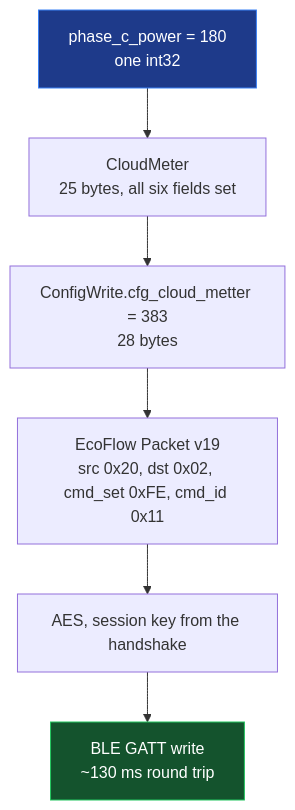
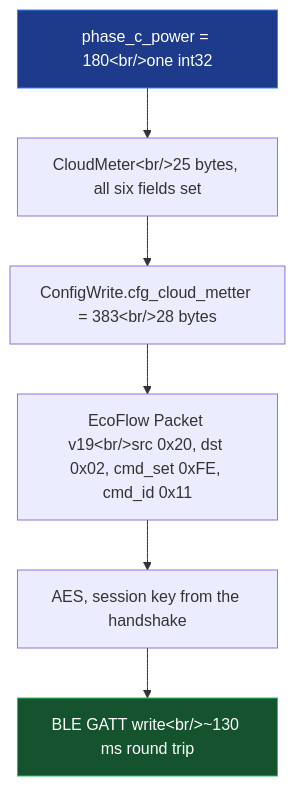
Before and after one commit to phoinixgrr/mastori: the sixth of 17 diagrams in content/posts/ecoflow-zero-export-ble-meter-injection/index.md, drawn with Mermaid. The commit also changed other lines of this file, not shown here.

First line of the commit message:
Escape <br/> and <<enumeration>> inside mermaid blocks

```diff
--- a/content/posts/ecoflow-zero-export-ble-meter-injection/index.md
+++ b/content/posts/ecoflow-zero-export-ble-meter-injection/index.md
@@ -218,11 +218,11 @@
 {{< mermaid >}}
 flowchart TB
-    A["phase_c_power = 180<br/>one int32"] --> B["CloudMeter<br/>25 bytes, all six fields set"]
-    B --> C["ConfigWrite.cfg_cloud_metter = 383<br/>28 bytes"]
-    C --> D["EcoFlow Packet v19<br/>src 0x20, dst 0x02, cmd_set 0xFE, cmd_id 0x11"]
+    A["phase_c_power = 180&lt;br/&gt;one int32"] --> B["CloudMeter&lt;br/&gt;25 bytes, all six fields set"]
+    B --> C["ConfigWrite.cfg_cloud_metter = 383&lt;br/&gt;28 bytes"]
+    C --> D["EcoFlow Packet v19&lt;br/&gt;src 0x20, dst 0x02, cmd_set 0xFE, cmd_id 0x11"]
     D --> E["AES, session key from the handshake"]
-    E --> F["BLE GATT write<br/>~130 ms round trip"]
+    E --> F["BLE GATT write&lt;br/&gt;~130 ms round trip"]
 
     style A fill:#1e3a8a,stroke:#3b82f6,color:#fff
     style F fill:#14532d,stroke:#22c55e,color:#fff
 {{< /mermaid >}}
```
